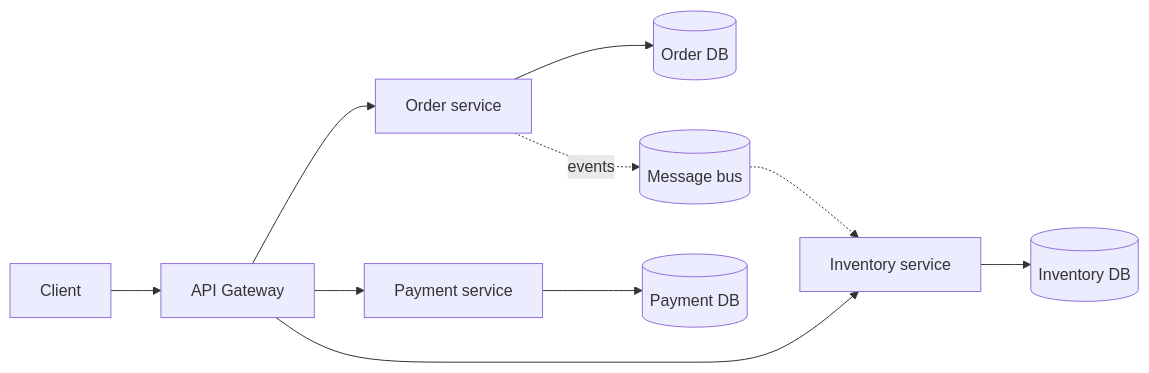
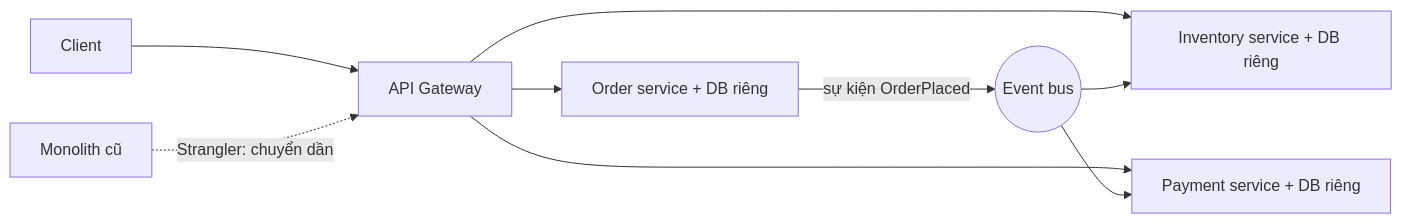
One commit to passion-Infinity/personal-tech-playbook changed the diagram in src/assets/knowledge/playbooks/distributed/microservices-fundamentals.md. Above: the diagram before and after it, drawn with Mermaid. The commit also changed other lines of this file and 5 other files, not shown here.

````diff
--- a/src/assets/knowledge/playbooks/distributed/microservices-fundamentals.md
+++ b/src/assets/knowledge/playbooks/distributed/microservices-fundamentals.md
@@ -16,12 +41,11 @@
 ```mermaid
 flowchart LR
-    C[Client] --> GW[API Gateway]
-    GW --> O[Order service]
-    GW --> P[Payment service]
-    GW --> I[Inventory service]
-    O --> ODB[(Order DB)]
-    P --> PDB[(Payment DB)]
-    I --> IDB[(Inventory DB)]
-    O -.->|events| BUS[(Message bus)]
-    BUS -.-> I
+    C[Client] --> GW["API Gateway"]
+    GW --> O["Order service + DB riêng"]
+    GW --> I["Inventory service + DB riêng"]
+    GW --> P["Payment service + DB riêng"]
+    O -->|"sự kiện OrderPlaced"| BUS(("Event bus"))
+    BUS --> I
+    BUS --> P
+    MON["Monolith cũ"] -.->|"Strangler: chuyển dần"| GW
 ```
````
